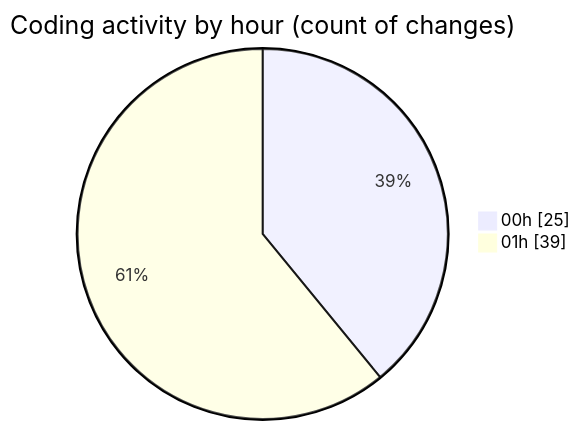
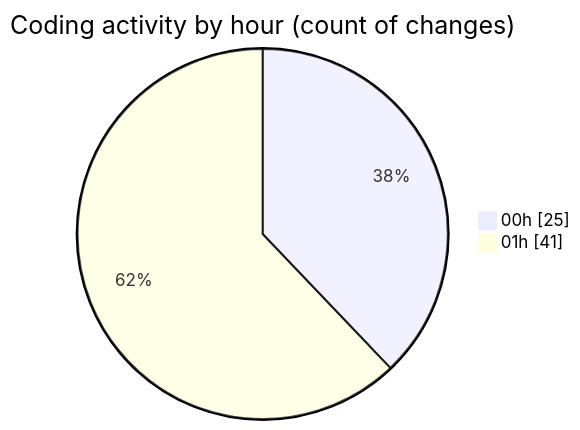
One commit to lephambinh05/code-tracking changed the second of 2 diagrams in 2025-07-14/rentotp/README.md. Above: the diagram before and after it, drawn with Mermaid. The commit also changed other lines of this file and 1 other file, not shown here.

````diff
--- a/2025-07-14/rentotp/README.md
+++ b/2025-07-14/rentotp/README.md
@@ -53,6 +53,6 @@
 ```mermaid
 pie showData
 title Coding activity by hour (count of changes)
 "00h" : 25
-"01h" : 39
+"01h" : 41
 ```
````
